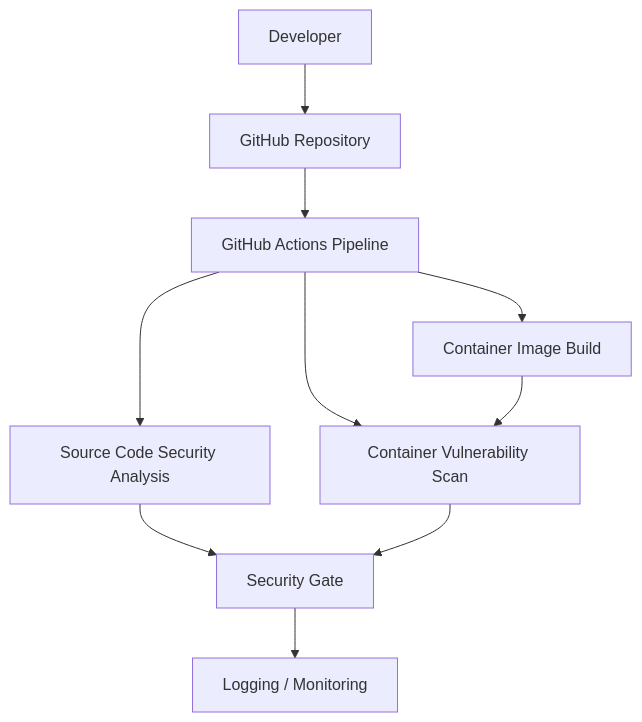
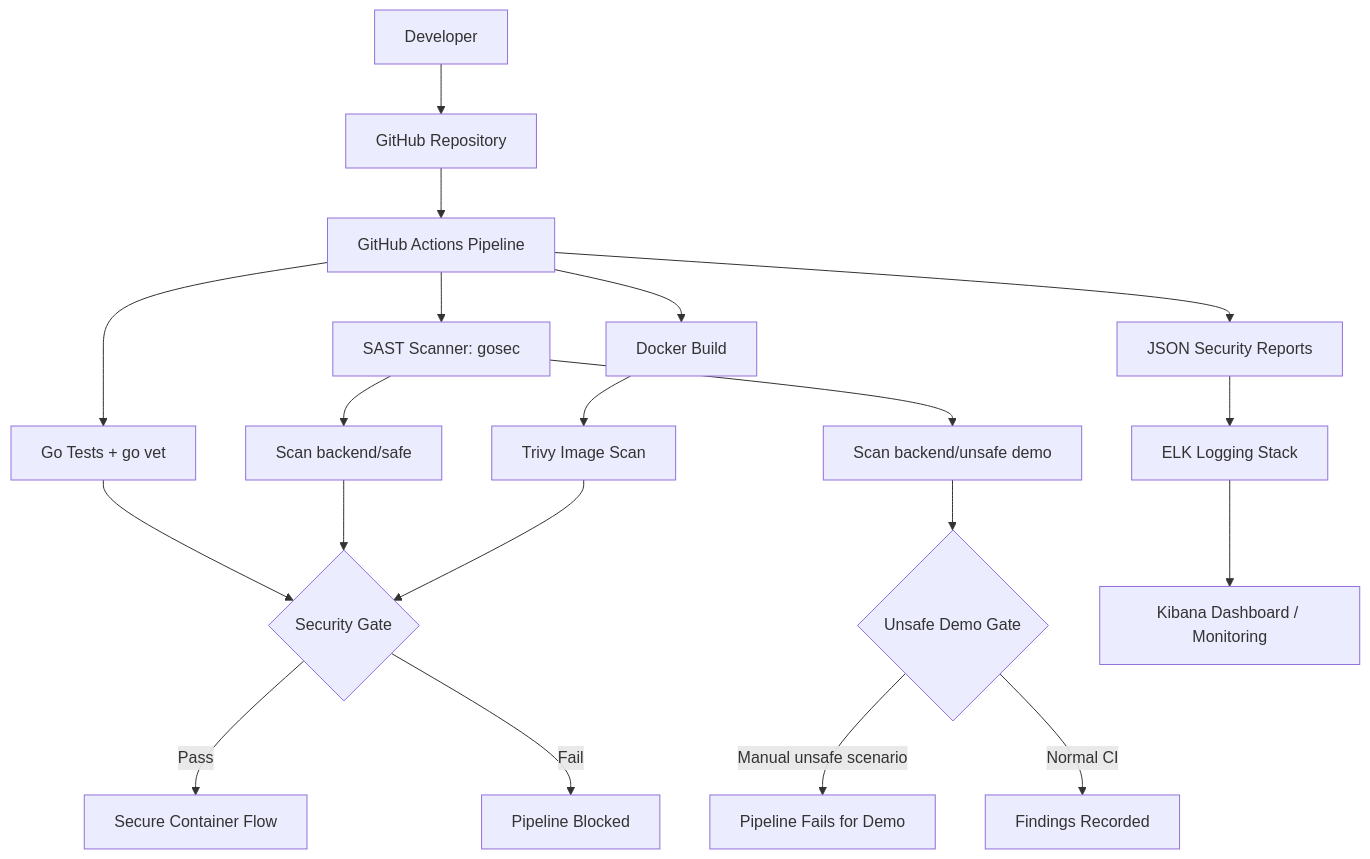
One commit to AlexToday111/SNA-proj.-DevSecOps changed the diagram in README.md. Above: the diagram before and after it, drawn with Mermaid. The commit also changed other lines of this file, not shown here.

Commit message:
docs: add mermaid devsecops architecture

````diff
--- a/README.md
+++ b/README.md
@@ -39,12 +25,27 @@
 ```mermaid
 flowchart TD
-    Developer[Developer] --> Repository[GitHub Repository]
-    Repository --> Pipeline[GitHub Actions Pipeline]
-    Pipeline --> SAST[Source Code Security Analysis]
-    Pipeline --> Build[Container Image Build]
-    Pipeline --> Scan[Container Vulnerability Scan]
-    SAST --> Gate[Security Gate]
-    Build --> Scan
-    Scan --> Gate
-    Gate --> Monitoring[Logging / Monitoring]
+    Dev[Developer] --> Repo[GitHub Repository]
+    Repo --> Actions[GitHub Actions Pipeline]
+
+    Actions --> Tests[Go Tests + go vet]
+    Actions --> SAST[SAST Scanner: gosec]
+    Actions --> Build[Docker Build]
+
+    SAST --> SafeScan[Scan backend/safe]
+    SAST --> UnsafeScan[Scan backend/unsafe demo]
+    Build --> Trivy[Trivy Image Scan]
+
+    Tests --> Gate{Security Gate}
+    SafeScan --> Gate
+    Trivy --> Gate
+    UnsafeScan --> UnsafeGate{Unsafe Demo Gate}
+
+    Gate -->|Pass| Deploy[Secure Container Flow]
+    Gate -->|Fail| Block[Pipeline Blocked]
+    UnsafeGate -->|Manual unsafe scenario| UnsafeBlock[Pipeline Fails for Demo]
+    UnsafeGate -->|Normal CI| Evidence[Findings Recorded]
+
+    Actions --> Reports[JSON Security Reports]
+    Reports --> ELK[ELK Logging Stack]
+    ELK --> Dashboard[Kibana Dashboard / Monitoring]
 ```
````
